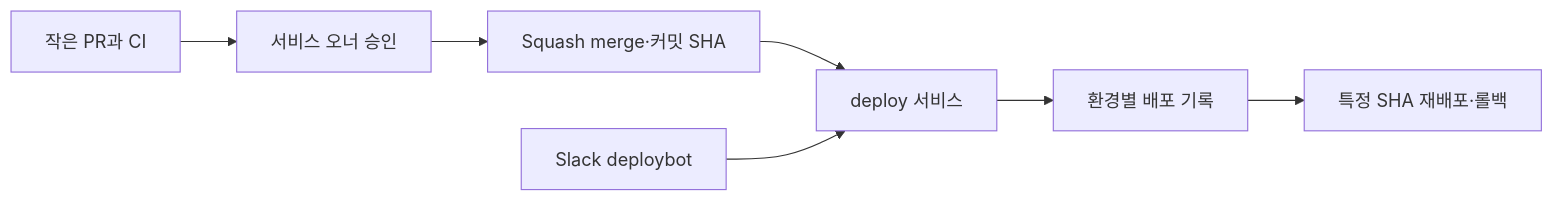
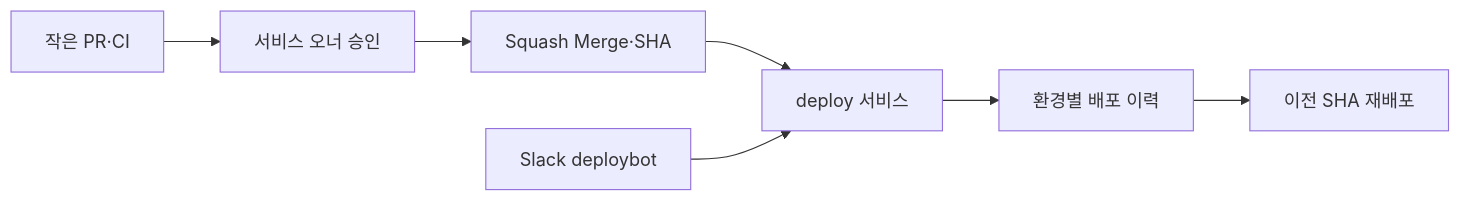
One commit to guseoh/cs changed the diagram in References/Tech Articles/Articles/2026/2026-11-01-하루에-1000번-배포하는-조직-되기-21d17079.md. Above: the diagram before and after it, drawn with Mermaid. The commit also changed other lines of this file and 29 other files, not shown here.

````diff
--- a/References/Tech Articles/Articles/2026/2026-11-01-하루에-1000번-배포하는-조직-되기-21d17079.md
+++ b/References/Tech Articles/Articles/2026/2026-11-01-하루에-1000번-배포하는-조직-되기-21d17079.md
@@ -35,9 +35,9 @@
-```mermaid
+ ```mermaid
 flowchart LR
-  A[작은 PR과 CI] --> B[서비스 오너 승인]
-  B --> C[Squash merge·커밋 SHA]
-  C --> D[deploy 서비스]
-  E[Slack deploybot] --> D
-  D --> F[환경별 배포 기록]
-  F --> G[특정 SHA 재배포·롤백]
+ A[작은 PR·CI] --> B[서비스 오너 승인]
+ B --> C[Squash Merge·SHA]
+ C --> D[deploy 서비스]
+ E[Slack deploybot] --> D
+ D --> F[환경별 배포 이력]
+ F --> G[이전 SHA 재배포]
 ```
````
